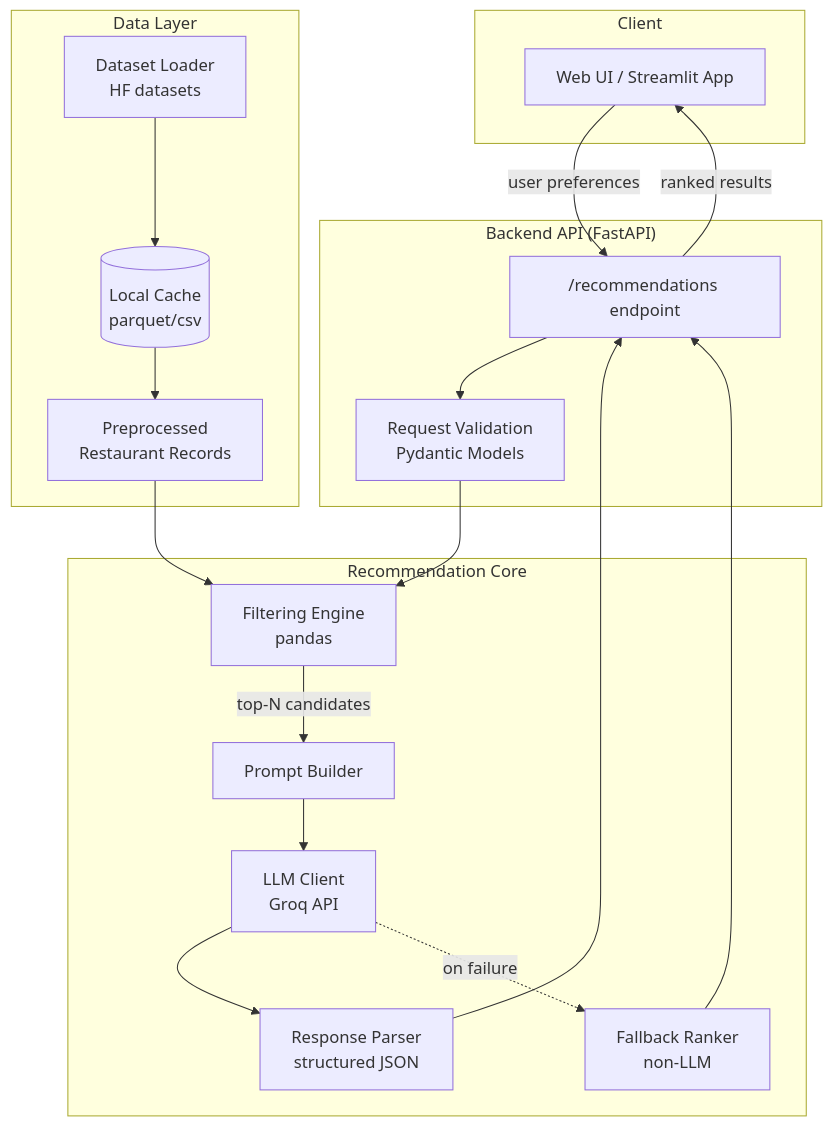
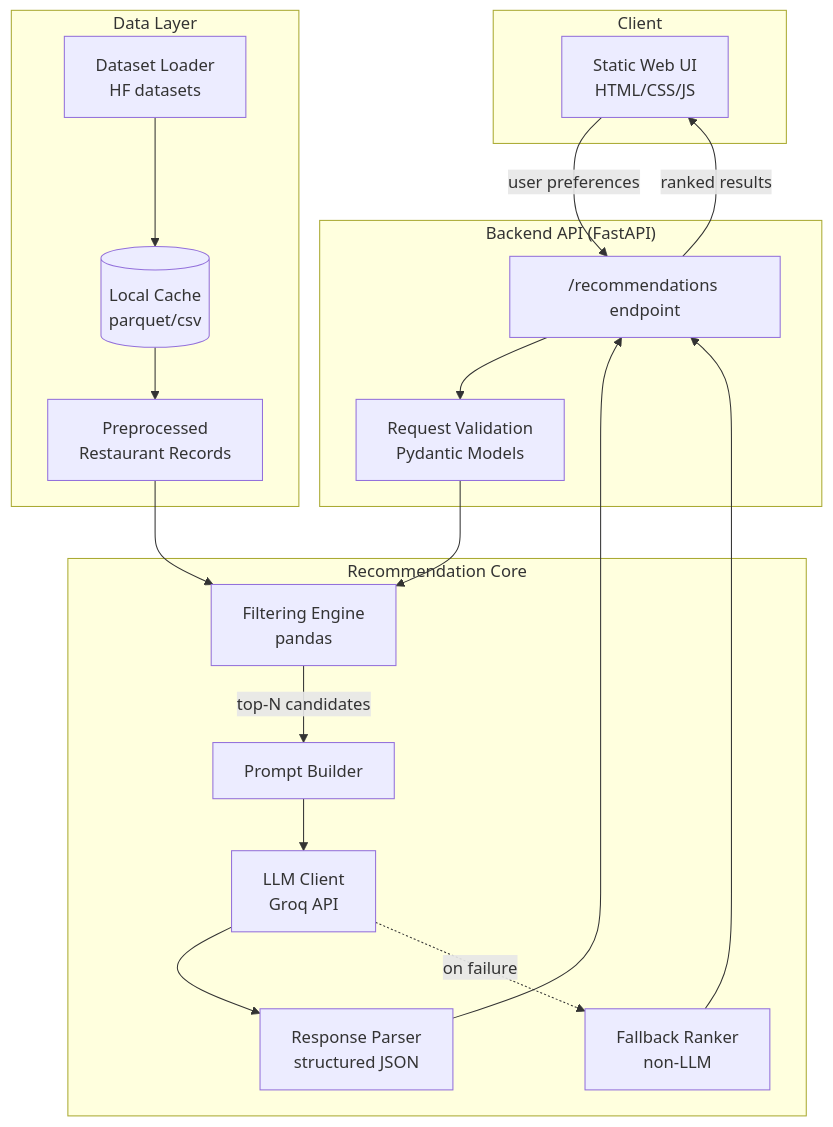
Before and after one commit to vikramragu/AI-Test-Project: the first of 2 diagrams in docs/architecture.md, drawn with Mermaid. The commit also changed other lines of this file and 13 other files, not shown here.

First line of the commit message:
Replace Streamlit frontend with a static Stitch-designed dark theme UI

````diff
--- a/docs/architecture.md
+++ b/docs/architecture.md
@@ -14,32 +14,32 @@
 ```mermaid
 flowchart TD
     subgraph Client
-        UI[Web UI / Streamlit App]
+        UI[Static Web UI<br/>HTML/CSS/JS]
     end
 
     subgraph API["Backend API (FastAPI)"]
         EP["/recommendations endpoint"]
         VAL[Request Validation<br/>Pydantic Models]
     end
 
     subgraph Core["Recommendation Core"]
         FILTER[Filtering Engine<br/>pandas]
         PROMPT[Prompt Builder]
         LLM[LLM Client<br/>Groq API]
         PARSE[Response Parser<br/>structured JSON]
         FALLBACK[Fallback Ranker<br/>non-LLM]
     end
 
     subgraph Data["Data Layer"]
         LOADER[Dataset Loader<br/>HF datasets]
         CACHE[(Local Cache<br/>parquet/csv)]
         SCHEMA[Preprocessed<br/>Restaurant Records]
     end
 
     UI -->|user preferences| EP
     EP --> VAL --> FILTER
     LOADER --> CACHE --> SCHEMA --> FILTER
     FILTER -->|top-N candidates| PROMPT --> LLM --> PARSE --> EP
     LLM -.on failure.-> FALLBACK --> EP
     EP -->|ranked results| UI
 ```
````
